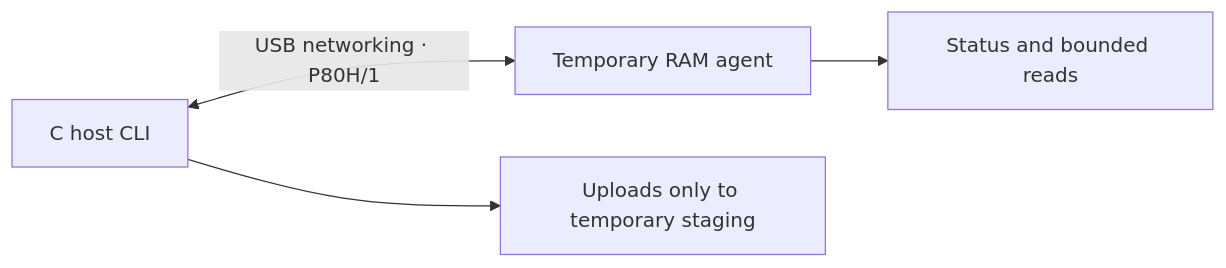
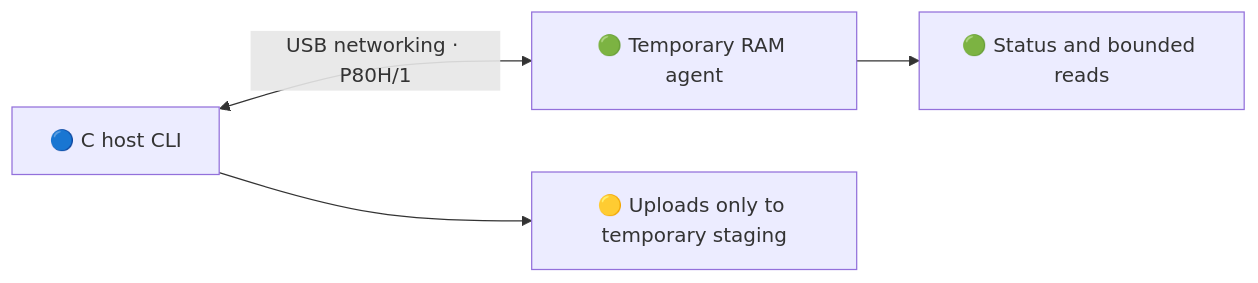
The second of 2 diagrams in README.md (mkalmousli/p80h_d8c1_g), drawn with Mermaid before and after one commit. The commit also changed other lines of this file and 1 other file, not shown here.

Commit message:
Remove devcontainer and color-code README status

````diff
--- a/README.md
+++ b/README.md
@@ -26,6 +26,6 @@
 ```mermaid
 flowchart LR
-  Host["C host CLI"] <-->|"USB networking · P80H/1"| Agent["Temporary RAM agent"]
-  Agent --> Read["Status and bounded reads"]
-  Host --> Stage["Uploads only to temporary staging"]
+  Host["🔵 C host CLI"] <-->|"USB networking · P80H/1"| Agent["🟢 Temporary RAM agent"]
+  Agent --> Read["🟢 Status and bounded reads"]
+  Host --> Stage["🟡 Uploads only to temporary staging"]
 ```
````
